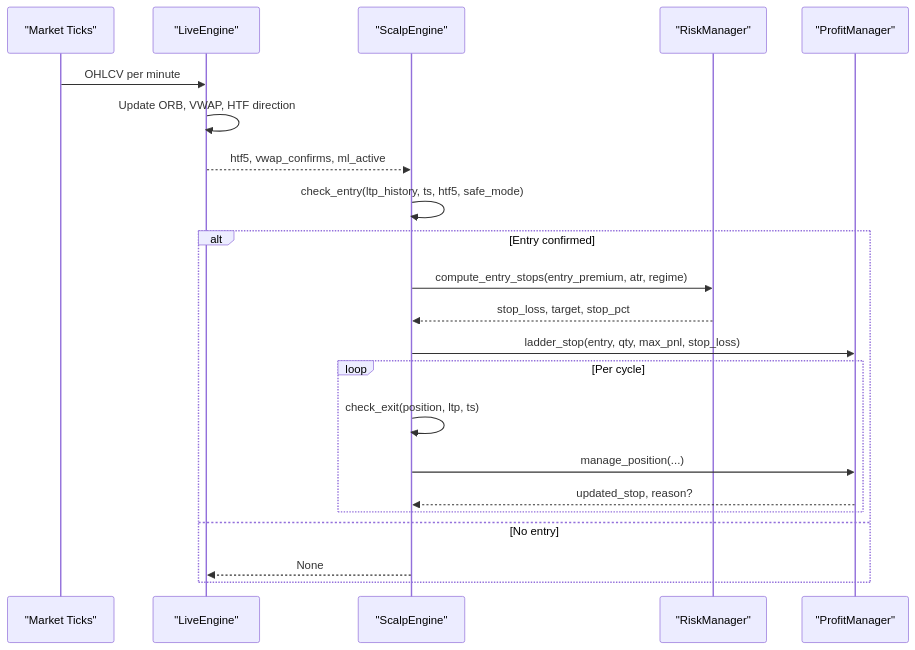
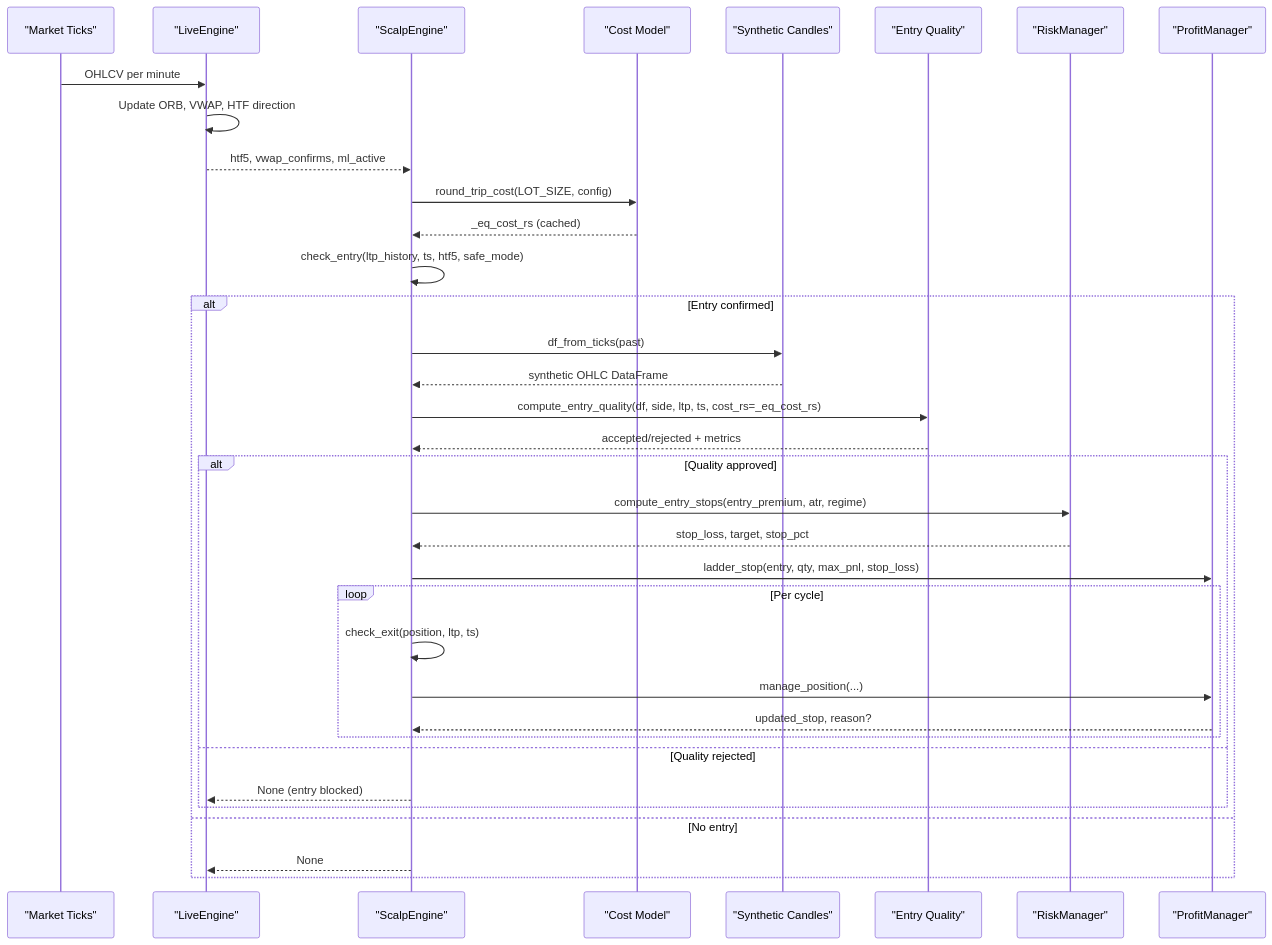
One commit to tauqeersiddiqui-art/tradingsystem changed the second of 11 diagrams in .qoder/repowiki/en/content/Core Trading Engine/Scalping Strategy Engine.md. Above: the diagram before and after it, drawn with Mermaid. The commit also changed other lines of this file and 71 other files, not shown here.

Commit message:
Add rejection-first entry quality filters, entry-quality ML target with fail-hard pipeline, post-trade loss classification, and reproducible Phase-8 backtest

````diff
--- a/.qoder/repowiki/en/content/Core Trading Engine/Scalping Strategy Engine.md
+++ b/.qoder/repowiki/en/content/Core Trading Engine/Scalping Strategy Engine.md
@@ -84,24 +111,37 @@
 ```mermaid
 sequenceDiagram
 participant Tick as "Market Ticks"
 participant LE as "LiveEngine"
 participant SE as "ScalpEngine"
+participant CM as "Cost Model"
+participant SC as "Synthetic Candles"
+participant EQ as "Entry Quality"
 participant RM as "RiskManager"
 participant PM as "ProfitManager"
 Tick->>LE : OHLCV per minute
 LE->>LE : Update ORB, VWAP, HTF direction
 LE-->>SE : htf5, vwap_confirms, ml_active
+SE->>CM : round_trip_cost(LOT_SIZE, config)
+CM-->>SE : _eq_cost_rs (cached)
 SE->>SE : check_entry(ltp_history, ts, htf5, safe_mode)
 alt Entry confirmed
+SE->>SC : df_from_ticks(past)
+SC-->>SE : synthetic OHLC DataFrame
+SE->>EQ : compute_entry_quality(df, side, ltp, ts, cost_rs=_eq_cost_rs)
+EQ-->>SE : accepted/rejected + metrics
+alt Quality approved
 SE->>RM : compute_entry_stops(entry_premium, atr, regime)
 RM-->>SE : stop_loss, target, stop_pct
 SE->>PM : ladder_stop(entry, qty, max_pnl, stop_loss)
 loop Per cycle
 SE->>SE : check_exit(position, ltp, ts)
 SE->>PM : manage_position(...)
 PM-->>SE : updated_stop, reason?
 end
+else Quality rejected
+SE-->>LE : None (entry blocked)
+end
 else No entry
 SE-->>LE : None
 end
 ```
````
